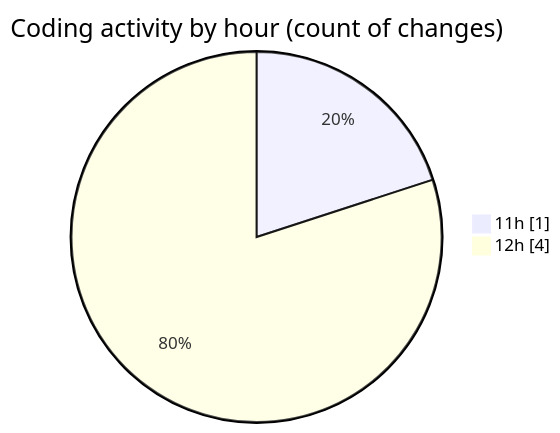
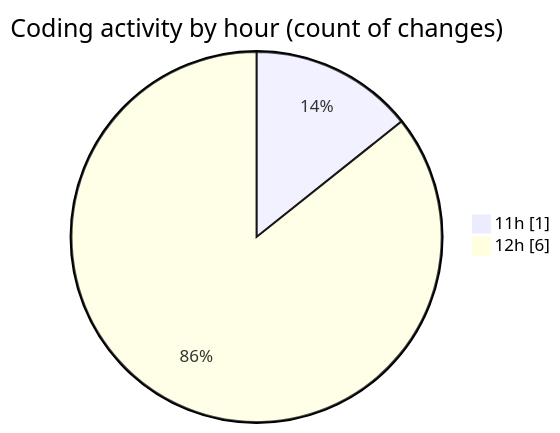
Before and after one commit to yexinjia/code-tracking: the second of 2 diagrams in 2026-10-17/repo-copilot/README.md, drawn with Mermaid. The commit also changed other lines of this file and 1 other file, not shown here.

````diff
--- a/2026-10-17/repo-copilot/README.md
+++ b/2026-10-17/repo-copilot/README.md
@@ -30,6 +32,6 @@
 ```mermaid
 pie showData
 title Coding activity by hour (count of changes)
 "11h" : 1
-"12h" : 4
+"12h" : 6
 ```
````
